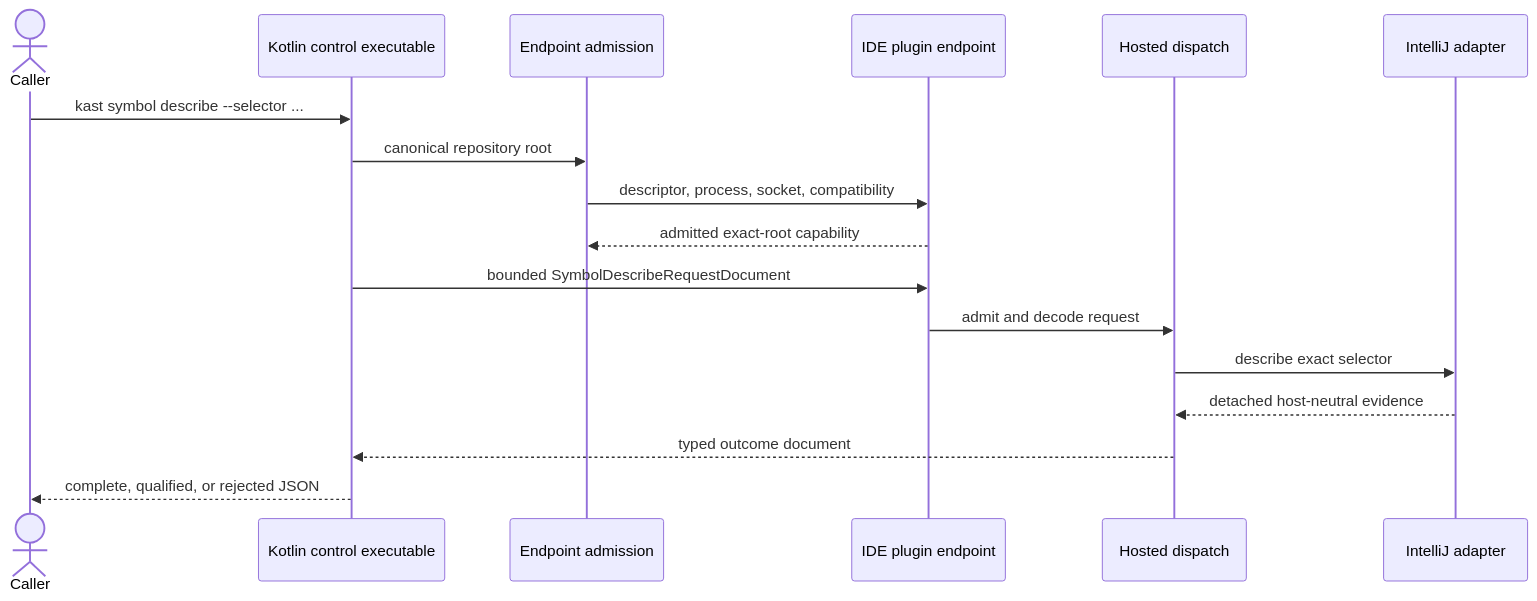
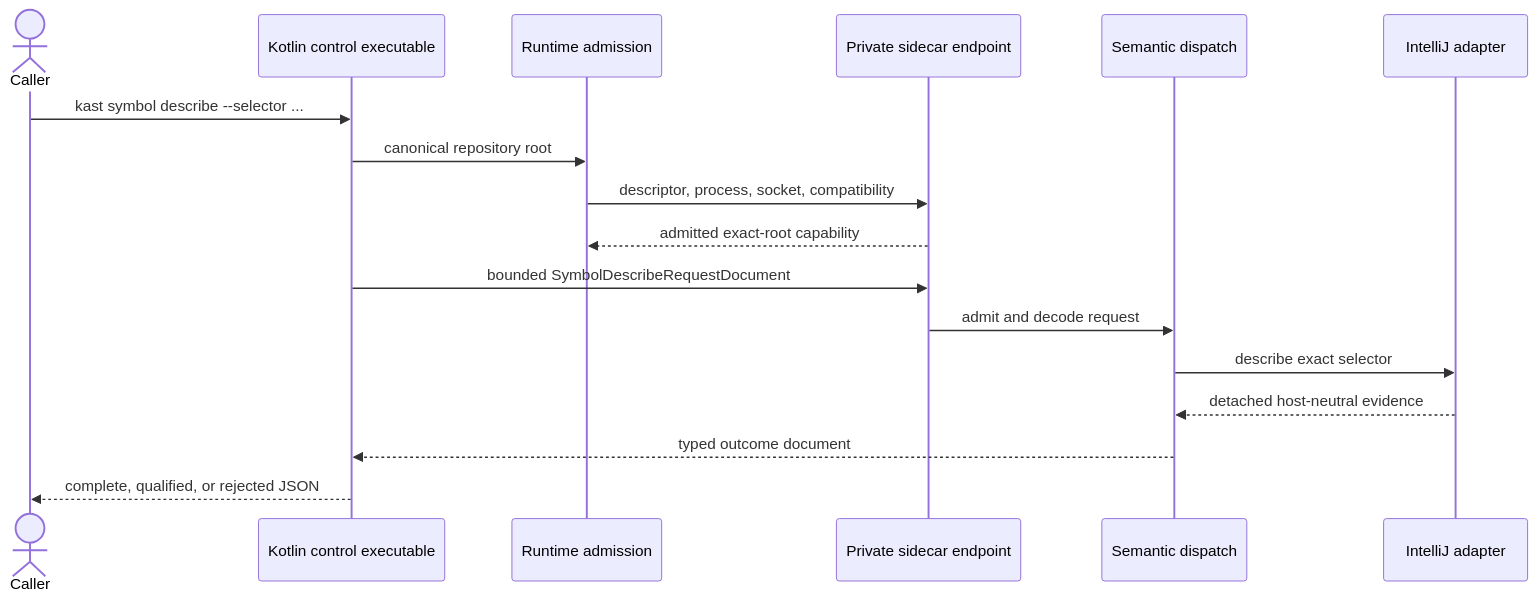
One commit to amichne/kast changed the first of 2 diagrams in docs/public/explanation/how-kast-works.mdx. Above: the diagram before and after it, drawn with Mermaid. The commit also changed other lines of this file and 103 other files, not shown here.

First line of the commit message:
feat: add plugin-free IntelliJ sidecar

````diff
--- a/docs/public/explanation/how-kast-works.mdx
+++ b/docs/public/explanation/how-kast-works.mdx
@@ -16,20 +17,20 @@
 ```mermaid placement="top-right" actions={true}
 sequenceDiagram
     actor Caller
     participant CLI as Kotlin control executable
-    participant Admission as Endpoint admission
-    participant Endpoint as IDE plugin endpoint
-    participant Dispatch as Hosted dispatch
+    participant Admission as Runtime admission
+    participant Endpoint as Private sidecar endpoint
+    participant Dispatch as Semantic dispatch
     participant K2 as IntelliJ adapter
 
     Caller->>CLI: kast symbol describe --selector ...
     CLI->>Admission: canonical repository root
     Admission->>Endpoint: descriptor, process, socket, compatibility
     Endpoint-->>Admission: admitted exact-root capability
     CLI->>Endpoint: bounded SymbolDescribeRequestDocument
     Endpoint->>Dispatch: admit and decode request
     Dispatch->>K2: describe exact selector
     K2-->>Dispatch: detached host-neutral evidence
     Dispatch-->>CLI: typed outcome document
     CLI-->>Caller: complete, qualified, or rejected JSON
 ```
````
